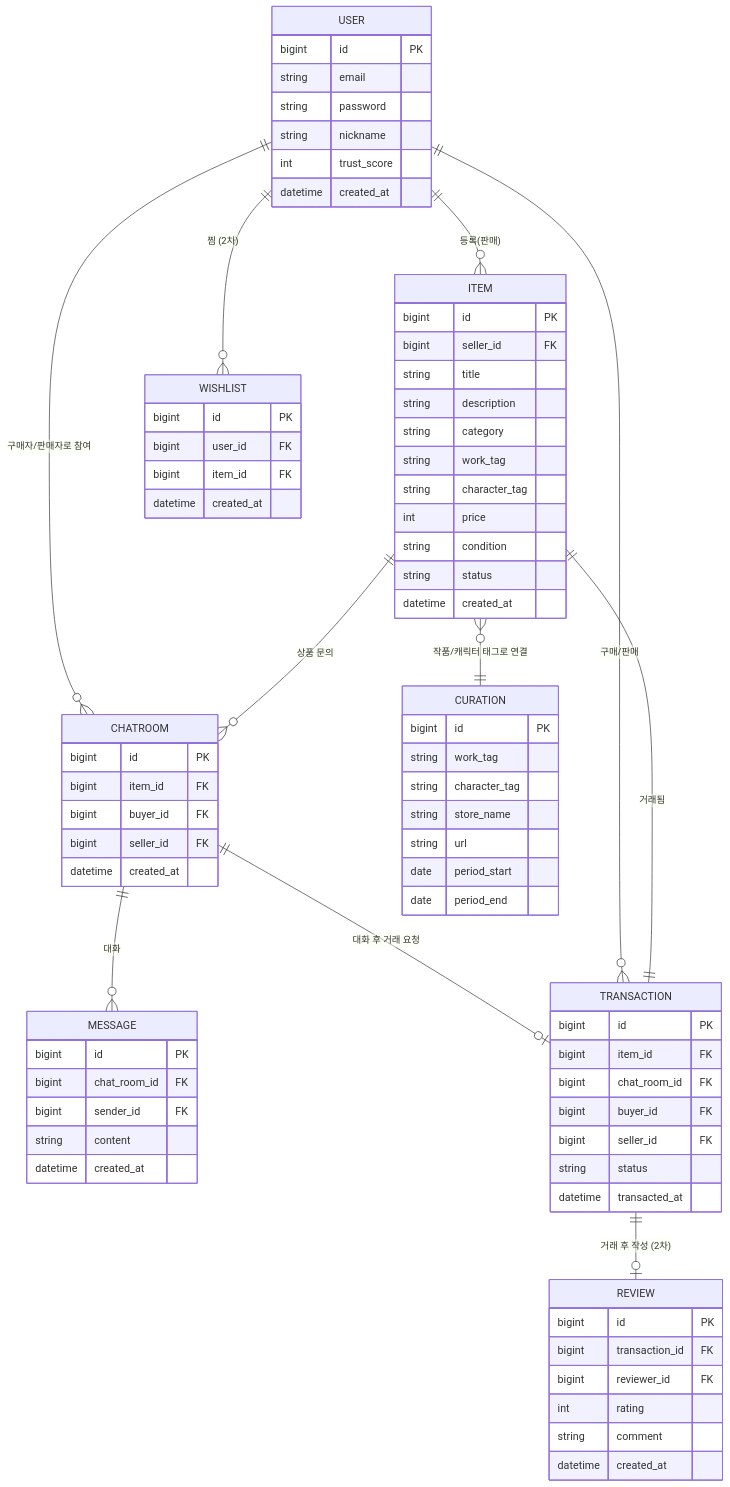
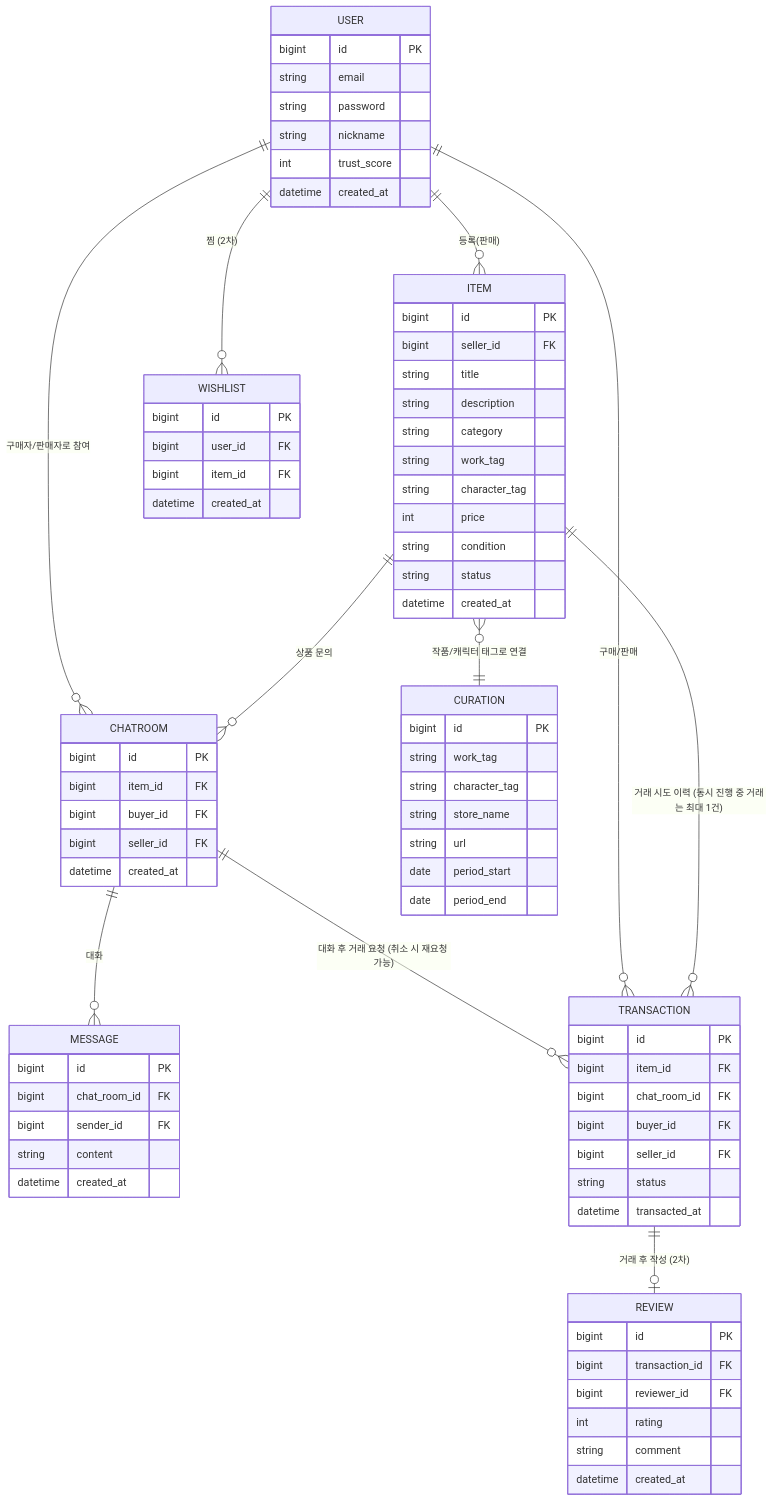
The second of 3 diagrams in 3_아키텍처및서비스흐름.md (oshi-market/oshi-market), drawn with Mermaid before and after one commit. The commit also changed other lines of this file and 9 other files, not shown here.

````diff
--- a/3_아키텍처및서비스흐름.md
+++ b/3_아키텍처및서비스흐름.md
@@ -52,81 +52,81 @@
 ```mermaid
 erDiagram
     USER ||--o{ ITEM : "등록(판매)"
     USER ||--o{ CHATROOM : "구매자/판매자로 참여"
     ITEM ||--o{ CHATROOM : "상품 문의"
     CHATROOM ||--o{ MESSAGE : "대화"
-    CHATROOM ||--o| TRANSACTION : "대화 후 거래 요청"
+    CHATROOM ||--o{ TRANSACTION : "대화 후 거래 요청 (취소 시 재요청 가능)"
     USER ||--o{ TRANSACTION : "구매/판매"
-    ITEM ||--|| TRANSACTION : "거래됨"
+    ITEM ||--o{ TRANSACTION : "거래 시도 이력 (동시 진행 중 거래는 최대 1건)"
     ITEM }o--|| CURATION : "작품/캐릭터 태그로 연결"
     TRANSACTION ||--o| REVIEW : "거래 후 작성 (2차)"
     USER ||--o{ WISHLIST : "찜 (2차)"
 
     USER {
         bigint id PK
         string email
         string password
         string nickname
         int trust_score
         datetime created_at
     }
     ITEM {
         bigint id PK
         bigint seller_id FK
         string title
         string description
         string category
         string work_tag
         string character_tag
         int price
         string condition
         string status
         datetime created_at
     }
     CHATROOM {
         bigint id PK
         bigint item_id FK
         bigint buyer_id FK
         bigint seller_id FK
         datetime created_at
     }
     MESSAGE {
         bigint id PK
         bigint chat_room_id FK
         bigint sender_id FK
         string content
         datetime created_at
     }
     TRANSACTION {
         bigint id PK
         bigint item_id FK
         bigint chat_room_id FK
         bigint buyer_id FK
         bigint seller_id FK
         string status
         datetime transacted_at
     }
     CURATION {
         bigint id PK
         string work_tag
         string character_tag
         string store_name
         string url
         date period_start
         date period_end
     }
     REVIEW {
         bigint id PK
         bigint transaction_id FK
         bigint reviewer_id FK
         int rating
         string comment
         datetime created_at
     }
     WISHLIST {
         bigint id PK
         bigint user_id FK
         bigint item_id FK
         datetime created_at
     }
 ```
````
